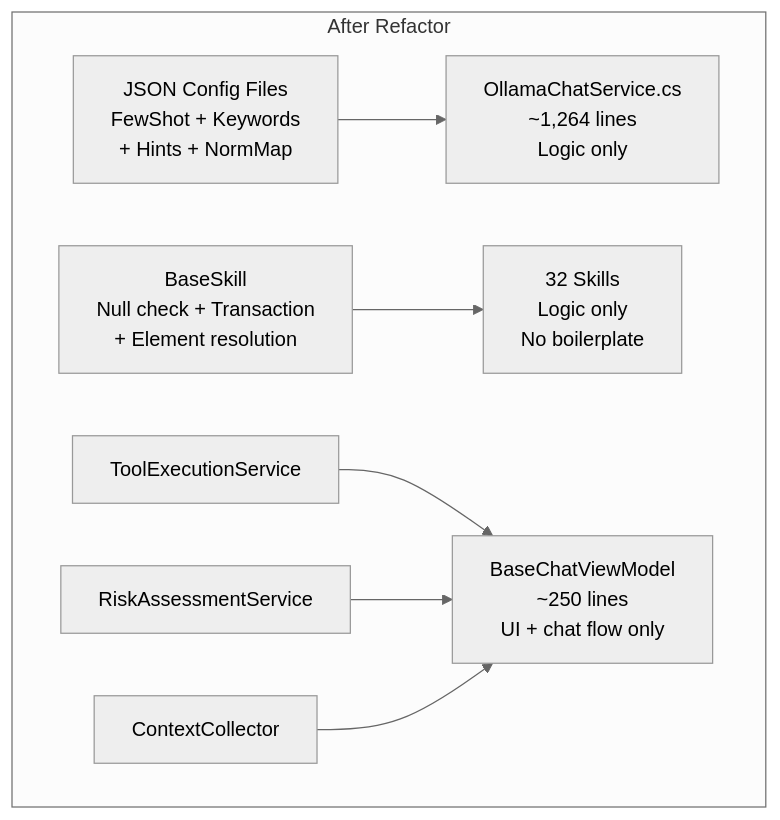
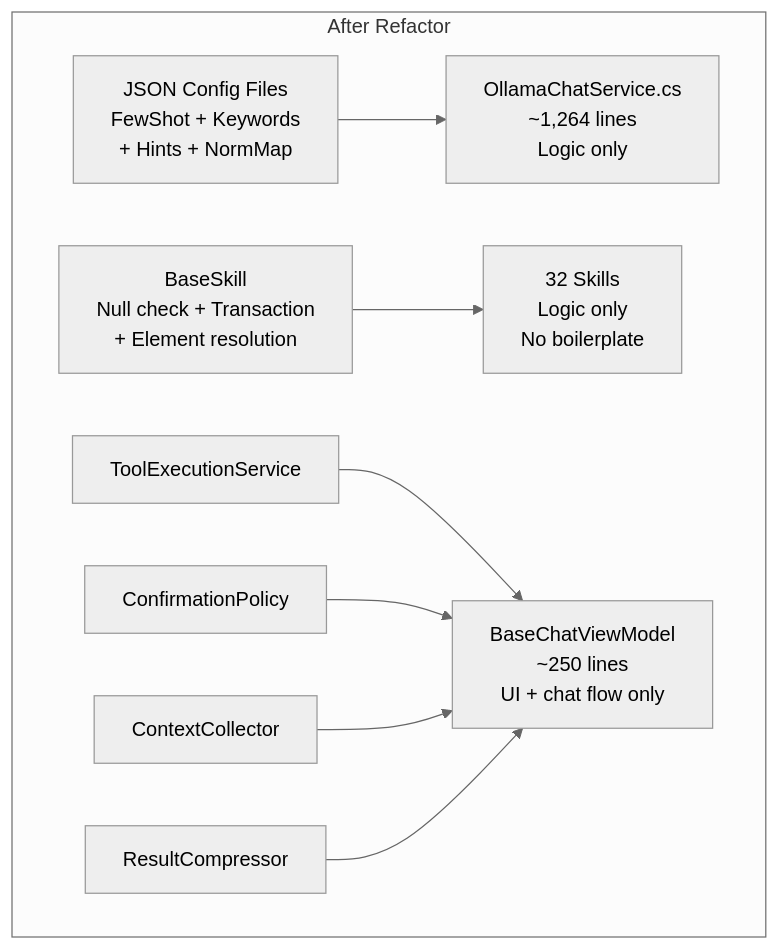
Before and after one commit to HuyDamDCMvn/RevitCode_Reseaching: the second of 7 diagrams in docs/code-optimization-proposals.md, drawn with Mermaid (neutral theme). The commit also changed other lines of this file, not shown here.

````diff
--- a/docs/code-optimization-proposals.md
+++ b/docs/code-optimization-proposals.md
@@ -182,19 +182,21 @@
 ```mermaid
 graph TD
   subgraph after [After Refactor]
     OCS2["OllamaChatService.cs\n~1,264 lines\nLogic only"]
     JSON["JSON Config Files\nFewShot + Keywords\n+ Hints + NormMap"]
     BS["BaseSkill\nNull check + Transaction\n+ Element resolution"]
     SK2["32 Skills\nLogic only\nNo boilerplate"]
     TES["ToolExecutionService"]
-    RAS["RiskAssessmentService"]
+    RAS["ConfirmationPolicy"]
     CC["ContextCollector"]
+    RC["ResultCompressor"]
     VM2["BaseChatViewModel\n~250 lines\nUI + chat flow only"]
   end
 
   JSON --> OCS2
   BS --> SK2
   TES --> VM2
   RAS --> VM2
   CC --> VM2
+  RC --> VM2
 ```
````
